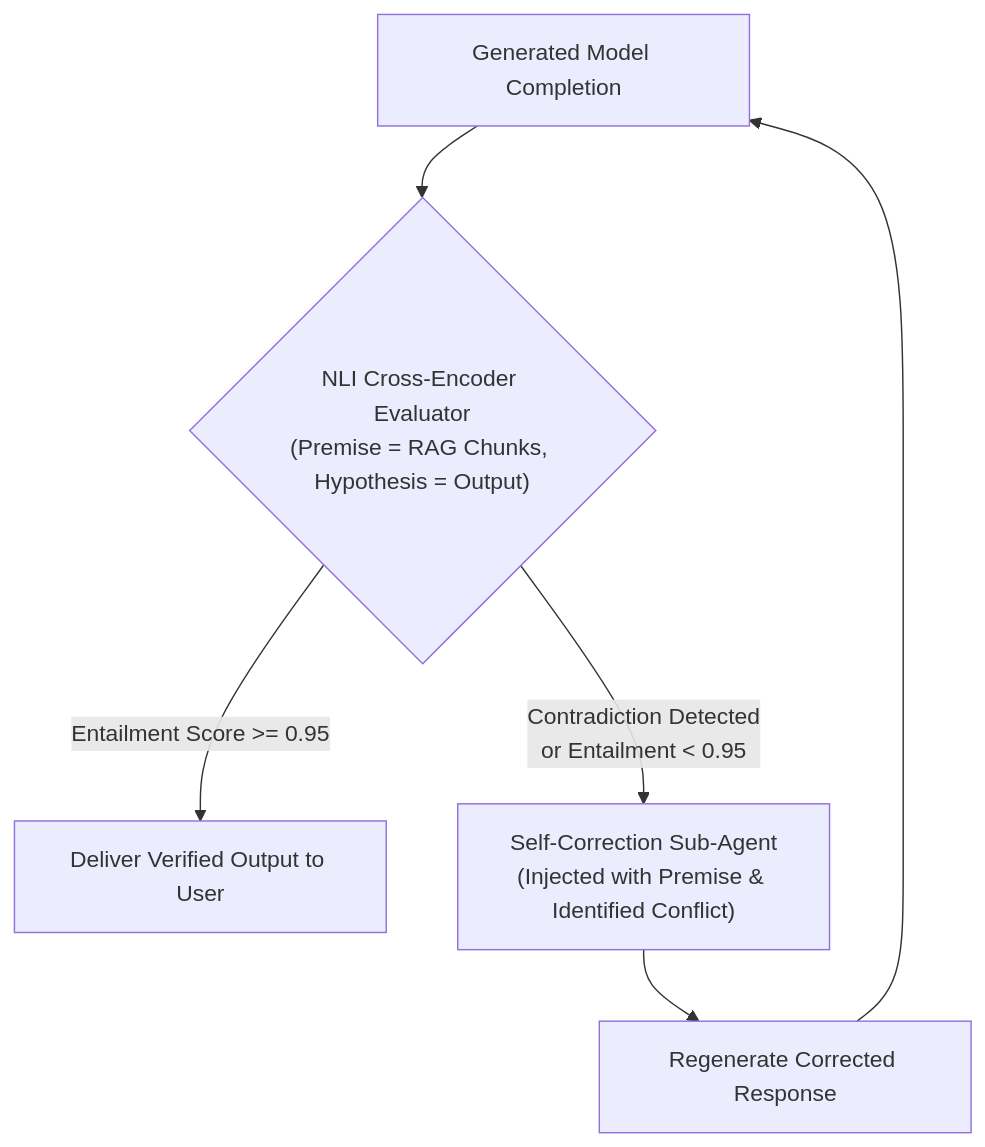
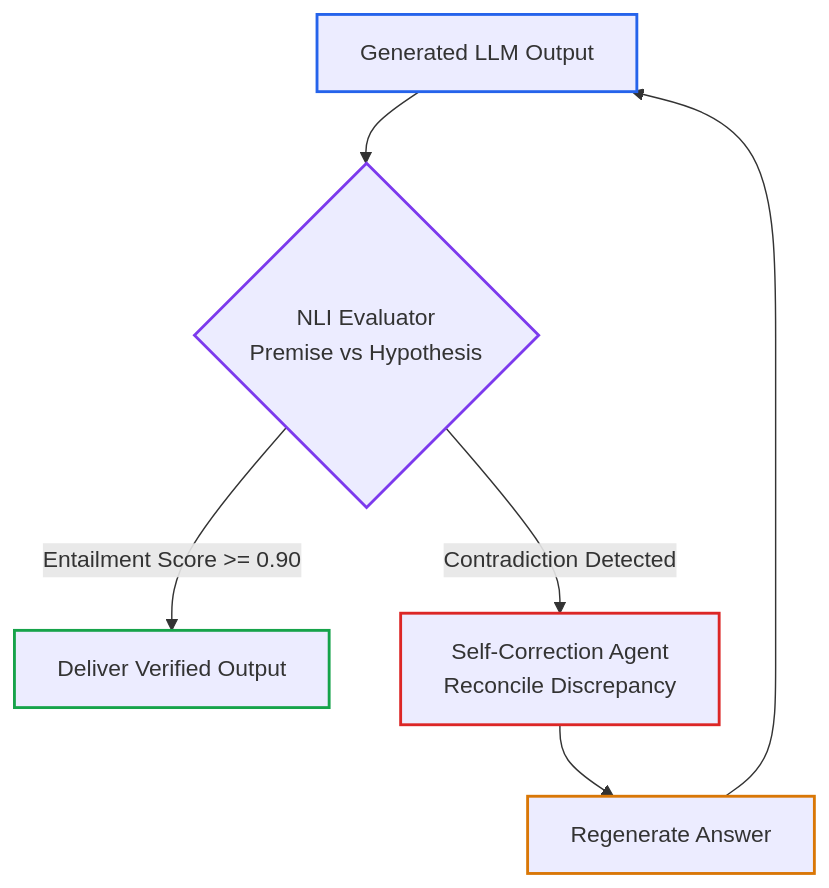
Before and after one commit to dip4k/senior-engineer-to-ai-engineer-roadmap: the second of 3 diagrams in 05-ai-security-and-guardrails/03-hallucination-mitigation-and-active-grounding.md, drawn with Mermaid. The commit also changed other lines of this file and 11 other files, not shown here.

First line of the commit message:
refactor(phase-05): AI security, guardrails, and trust architecture

````diff
--- a/05-ai-security-and-guardrails/03-hallucination-mitigation-and-active-grounding.md
+++ b/05-ai-security-and-guardrails/03-hallucination-mitigation-and-active-grounding.md
@@ -134,8 +110,14 @@
 ```mermaid
 flowchart TD
-    Output["Generated Model Completion"] --> NLI{"NLI Cross-Encoder Evaluator<br/>(Premise = RAG Chunks, Hypothesis = Output)"}
-    NLI -->|Entailment Score >= 0.95| Deliver["Deliver Verified Output to User"]
-    NLI -->|Contradiction Detected<br/>or Entailment < 0.95| Critic["Self-Correction Sub-Agent<br/>(Injected with Premise & Identified Conflict)"]
-    Critic --> Regen["Regenerate Corrected Response"]
+    Output["Generated LLM Output"] --> NLI{"NLI Evaluator<br/>Premise vs Hypothesis"}
+    NLI -->|Entailment Score >= 0.90| Deliver["Deliver Verified Output"]
+    NLI -->|Contradiction Detected| Critic["Self-Correction Agent<br/>Reconcile Discrepancy"]
+    Critic --> Regen["Regenerate Answer"]
     Regen --> Output
+
+    style Output stroke:#2563eb,stroke-width:2px
+    style NLI stroke:#7c3aed,stroke-width:2px
+    style Deliver stroke:#16a34a,stroke-width:2px
+    style Critic stroke:#dc2626,stroke-width:2px
+    style Regen stroke:#d97706,stroke-width:2px
 ```
````
